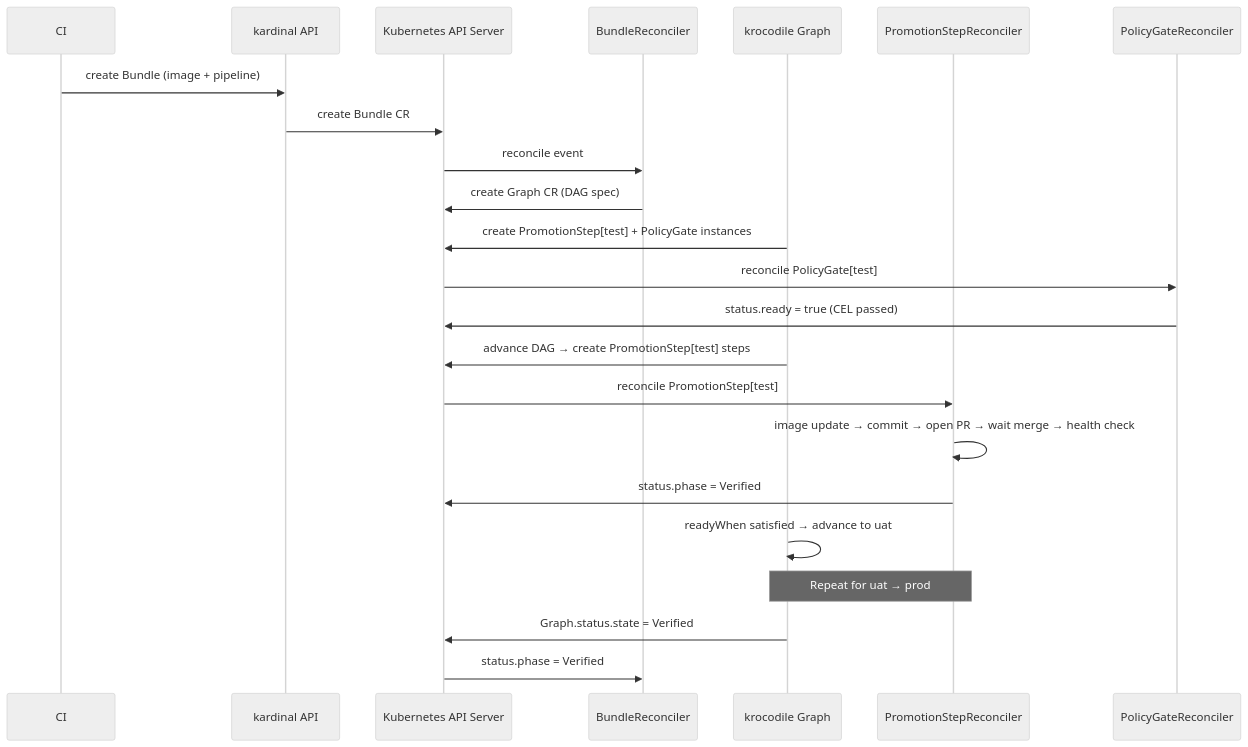
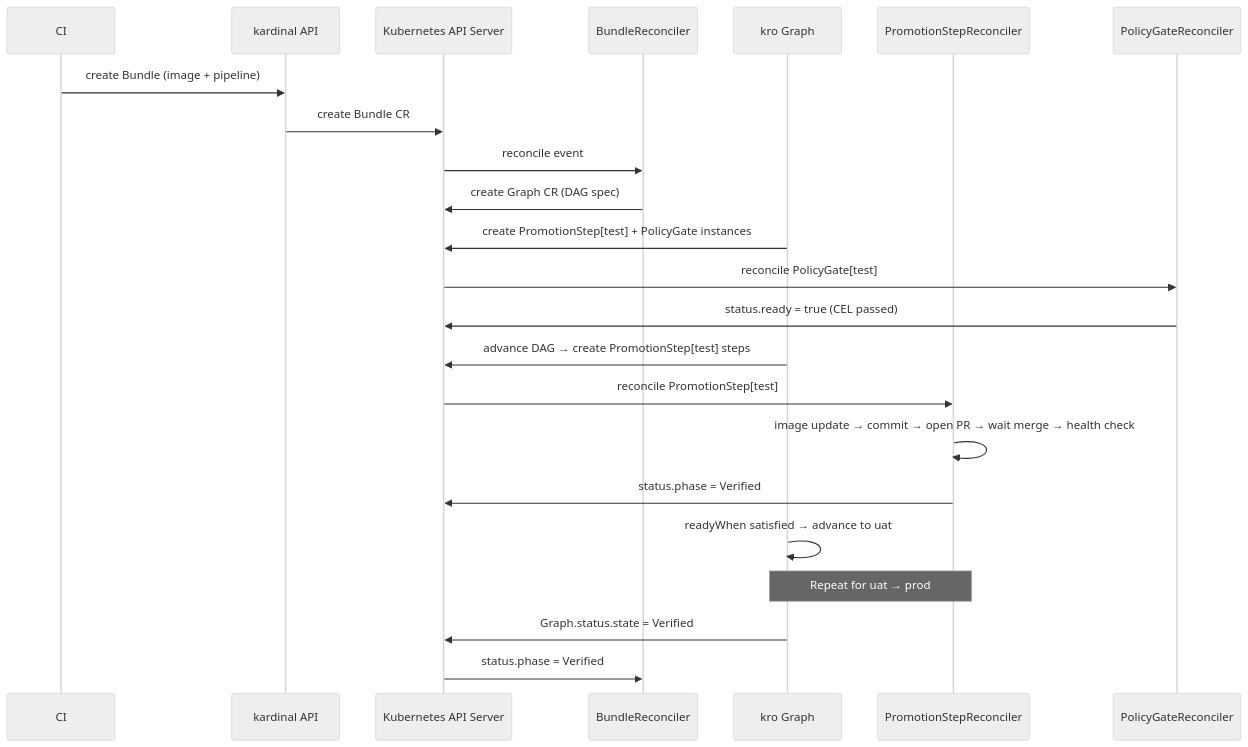
One commit to pnz1990/kardinal-promoter changed the second of 2 diagrams in docs/architecture.md. Above: the diagram before and after it, drawn with Mermaid (neutral theme). The commit also changed other lines of this file and 105 other files, not shown here.

First line of the commit message:
feat(graph): run on upstream kro Graph (v0.10.0-rc.0)

````diff
--- a/docs/architecture.md
+++ b/docs/architecture.md
@@ -140,26 +140,26 @@
 ```mermaid
 sequenceDiagram
     participant CI
     participant API as kardinal API
     participant K8s as Kubernetes API Server
     participant Bundle as BundleReconciler
-    participant kro as krocodile Graph
+    participant kro as kro Graph
     participant PS as PromotionStepReconciler
     participant PG as PolicyGateReconciler
 
     CI->>API: create Bundle (image + pipeline)
     API->>K8s: create Bundle CR
     K8s->>Bundle: reconcile event
     Bundle->>K8s: create Graph CR (DAG spec)
     kro->>K8s: create PromotionStep[test] + PolicyGate instances
     K8s->>PG: reconcile PolicyGate[test]
     PG->>K8s: status.ready = true (CEL passed)
     kro->>K8s: advance DAG → create PromotionStep[test] steps
     K8s->>PS: reconcile PromotionStep[test]
     PS->>PS: image update → commit → open PR → wait merge → health check
     PS->>K8s: status.phase = Verified
     kro->>kro: readyWhen satisfied → advance to uat
     Note over kro,PS: Repeat for uat → prod
     kro->>K8s: Graph.status.state = Verified
     K8s->>Bundle: status.phase = Verified
 ```
````
